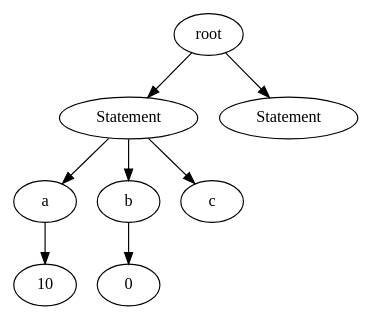
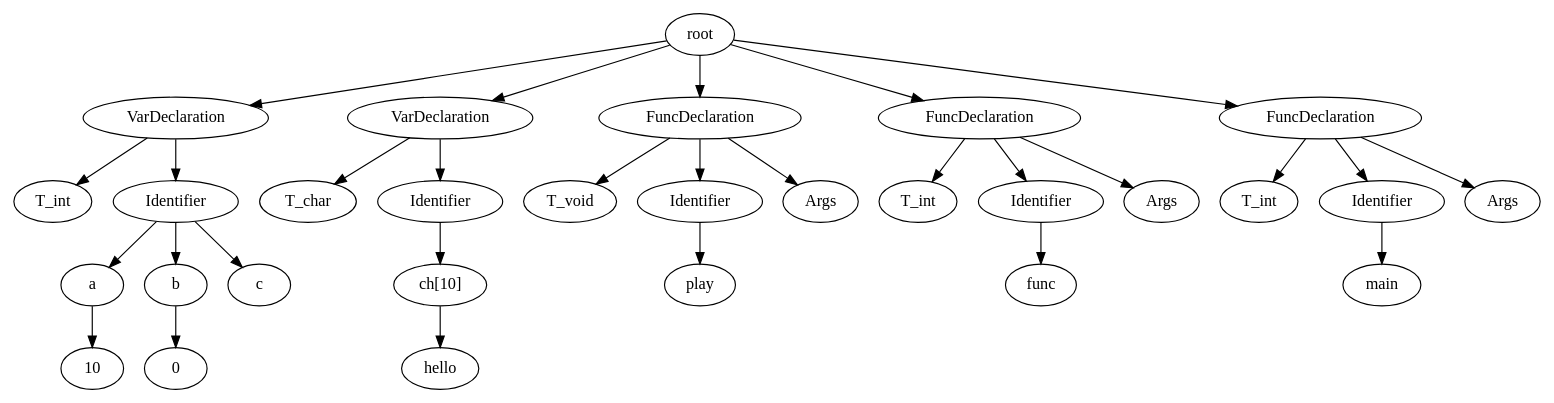
The diagram in round-table.gv (Jstar49/starCC), drawn with Graphviz before and after one commit. The commit also changed 6 other files, not shown here.

```diff
--- a/round-table.gv
+++ b/round-table.gv
@@ -1,18 +1,60 @@
 // root
 digraph {
 	None [label=root]
-	0 [label=Statement]
+	0 [label=VarDeclaration]
 	None -> 0
-	1 [label=a]
+	1 [label=T_int]
 	0 -> 1
-	2 [label=10]
-	1 -> 2
-	3 [label=b]
-	0 -> 3
-	4 [label=0]
+	2 [label=Identifier]
+	0 -> 2
+	3 [label=a]
+	2 -> 3
+	4 [label=10]
 	3 -> 4
-	5 [label=c]
-	0 -> 5
-	6 [label=Statement]
-	None -> 6
+	5 [label=b]
+	2 -> 5
+	6 [label=0]
+	5 -> 6
+	7 [label=c]
+	2 -> 7
+	8 [label=VarDeclaration]
+	None -> 8
+	9 [label=T_char]
+	8 -> 9
+	10 [label=Identifier]
+	8 -> 10
+	11 [label="ch[10]"]
+	10 -> 11
+	12 [label=hello]
+	11 -> 12
+	13 [label=FuncDeclaration]
+	None -> 13
+	14 [label=T_void]
+	13 -> 14
+	15 [label=Identifier]
+	13 -> 15
+	16 [label=play]
+	15 -> 16
+	17 [label=Args]
+	13 -> 17
+	18 [label=FuncDeclaration]
+	None -> 18
+	19 [label=T_int]
+	18 -> 19
+	20 [label=Identifier]
+	18 -> 20
+	21 [label=func]
+	20 -> 21
+	22 [label=Args]
+	18 -> 22
+	23 [label=FuncDeclaration]
+	None -> 23
+	24 [label=T_int]
+	23 -> 24
+	25 [label=Identifier]
+	23 -> 25
+	26 [label=main]
+	25 -> 26
+	27 [label=Args]
+	23 -> 27
 }
```
